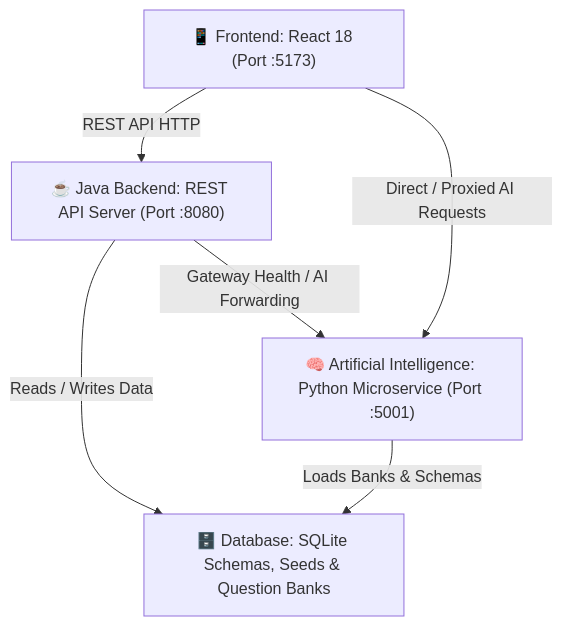
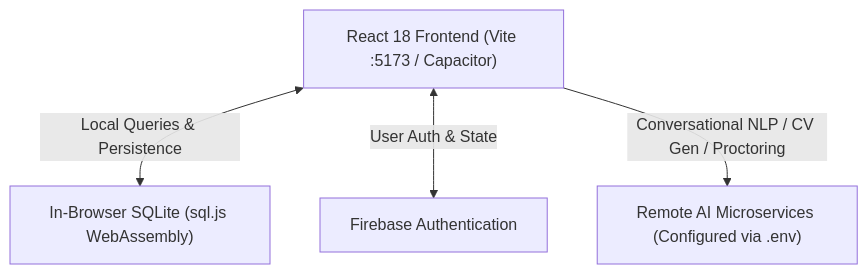
Before and after one commit to saptarshi123-coder/skillify: the diagram in README.md, drawn with Mermaid. The commit also changed other lines of this file, not shown here.

````diff
--- a/README.md
+++ b/README.md
@@ -21,13 +26,11 @@
 ```mermaid
 graph TD
-    Client["📱 Frontend: React 18 (Port :5173)"]
-    JavaBackend["☕ Java Backend: REST API Server (Port :8080)"]
-    AIService["🧠 Artificial Intelligence: Python Microservice (Port :5001)"]
-    Database["🗄️ Database: SQLite Schemas, Seeds & Question Banks"]
+    Client[" React 18 Frontend (Vite :5173 / Capacitor)"]
+    SqliteDB[" In-Browser SQLite (sql.js WebAssembly)"]
+    FirebaseAuth[" Firebase Authentication"]
+    RemoteAI[" Remote AI Microservices (Configured via .env)"]
 
-    Client -->|REST API HTTP| JavaBackend
-    Client -->|Direct / Proxied AI Requests| AIService
-    JavaBackend -->|Reads / Writes Data| Database
-    JavaBackend -->|Gateway Health / AI Forwarding| AIService
-    AIService -->|Loads Banks & Schemas| Database
+    Client <-->|Local Queries & Persistence| SqliteDB
+    Client <-->|User Auth & State| FirebaseAuth
+    Client -->|Conversational NLP / CV Gen / Proctoring| RemoteAI
 ```
````
